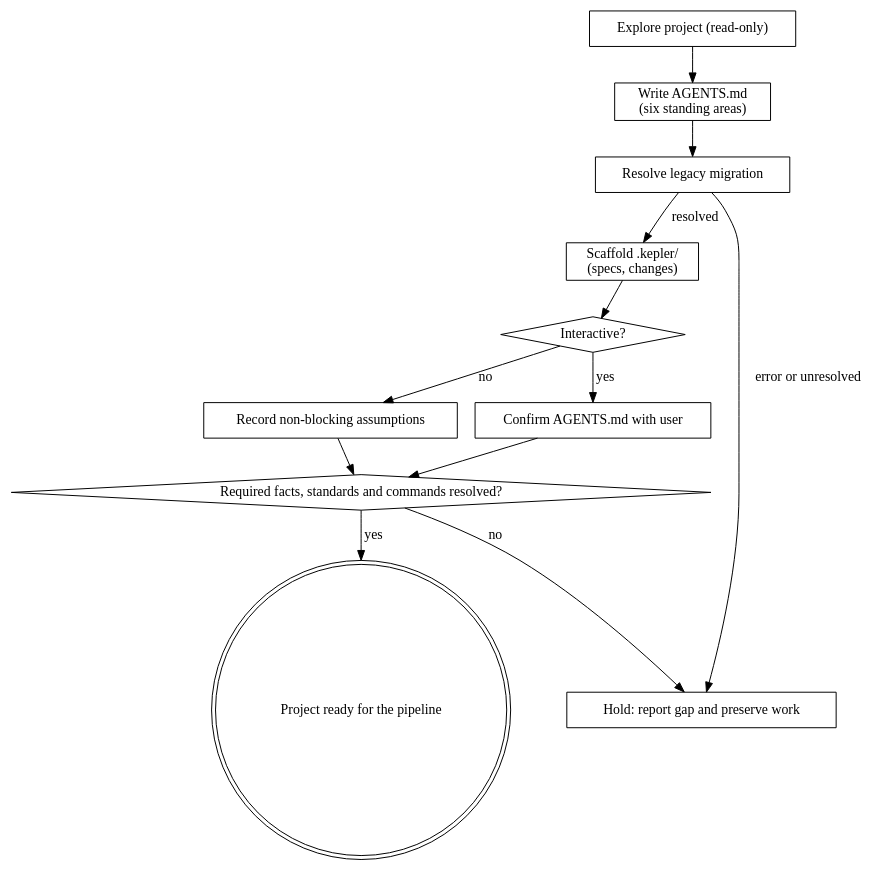
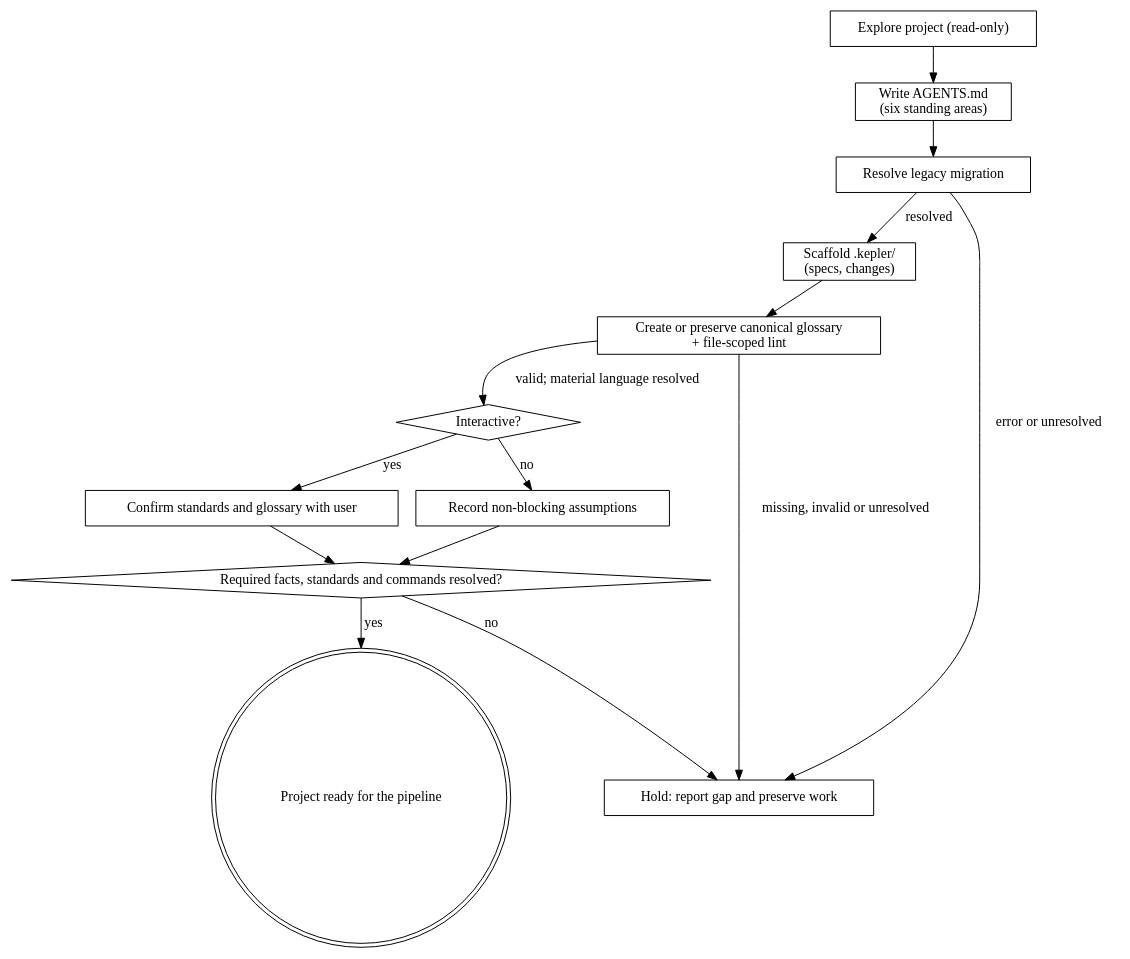
Before and after one commit to vialactea-works/kepler: the diagram in skills/kepler-init/SKILL.md, drawn with Graphviz. The commit also changed other lines of this file and 21 other files, not shown here.

Commit message:
feat: add canonical glossary and domain-scoped proposals

````diff
--- a/skills/kepler-init/SKILL.md
+++ b/skills/kepler-init/SKILL.md
@@ -71,26 +66,29 @@
 ```dot
 digraph kepler_init {
     "Explore project (read-only)" [shape=box];
     "Write AGENTS.md\n(six standing areas)" [shape=box];
     "Resolve legacy migration" [shape=box];
     "Scaffold .kepler/\n(specs, changes)" [shape=box];
+    "Create or preserve canonical glossary\n+ file-scoped lint" [shape=box];
     "Interactive?" [shape=diamond];
-    "Confirm AGENTS.md with user" [shape=box];
+    "Confirm standards and glossary with user" [shape=box];
     "Record non-blocking assumptions" [shape=box];
     "Required facts, standards and commands resolved?" [shape=diamond];
     "Hold: report gap and preserve work" [shape=box];
     "Project ready for the pipeline" [shape=doublecircle];
 
     "Explore project (read-only)" -> "Write AGENTS.md\n(six standing areas)";
     "Write AGENTS.md\n(six standing areas)" -> "Resolve legacy migration";
     "Resolve legacy migration" -> "Scaffold .kepler/\n(specs, changes)" [label="resolved"];
     "Resolve legacy migration" -> "Hold: report gap and preserve work" [label="error or unresolved"];
-    "Scaffold .kepler/\n(specs, changes)" -> "Interactive?";
-    "Interactive?" -> "Confirm AGENTS.md with user" [label="yes"];
+    "Scaffold .kepler/\n(specs, changes)" -> "Create or preserve canonical glossary\n+ file-scoped lint";
+    "Create or preserve canonical glossary\n+ file-scoped lint" -> "Interactive?" [label="valid; material language resolved"];
+    "Create or preserve canonical glossary\n+ file-scoped lint" -> "Hold: report gap and preserve work" [label="missing, invalid or unresolved"];
+    "Interactive?" -> "Confirm standards and glossary with user" [label="yes"];
     "Interactive?" -> "Record non-blocking assumptions" [label="no"];
-    "Confirm AGENTS.md with user" -> "Required facts, standards and commands resolved?";
+    "Confirm standards and glossary with user" -> "Required facts, standards and commands resolved?";
     "Record non-blocking assumptions" -> "Required facts, standards and commands resolved?";
     "Required facts, standards and commands resolved?" -> "Project ready for the pipeline" [label="yes"];
     "Required facts, standards and commands resolved?" -> "Hold: report gap and preserve work" [label="no"];
 }
 ```
````
